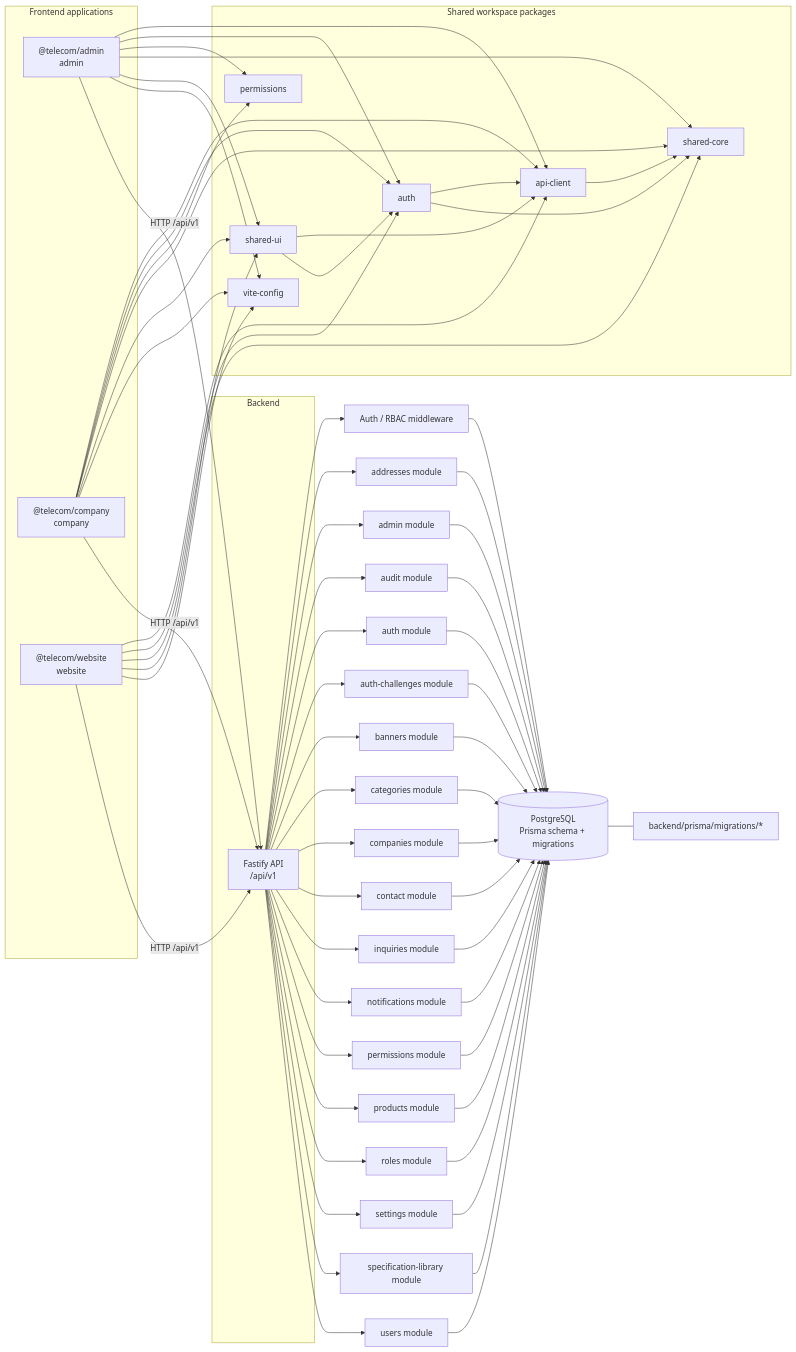
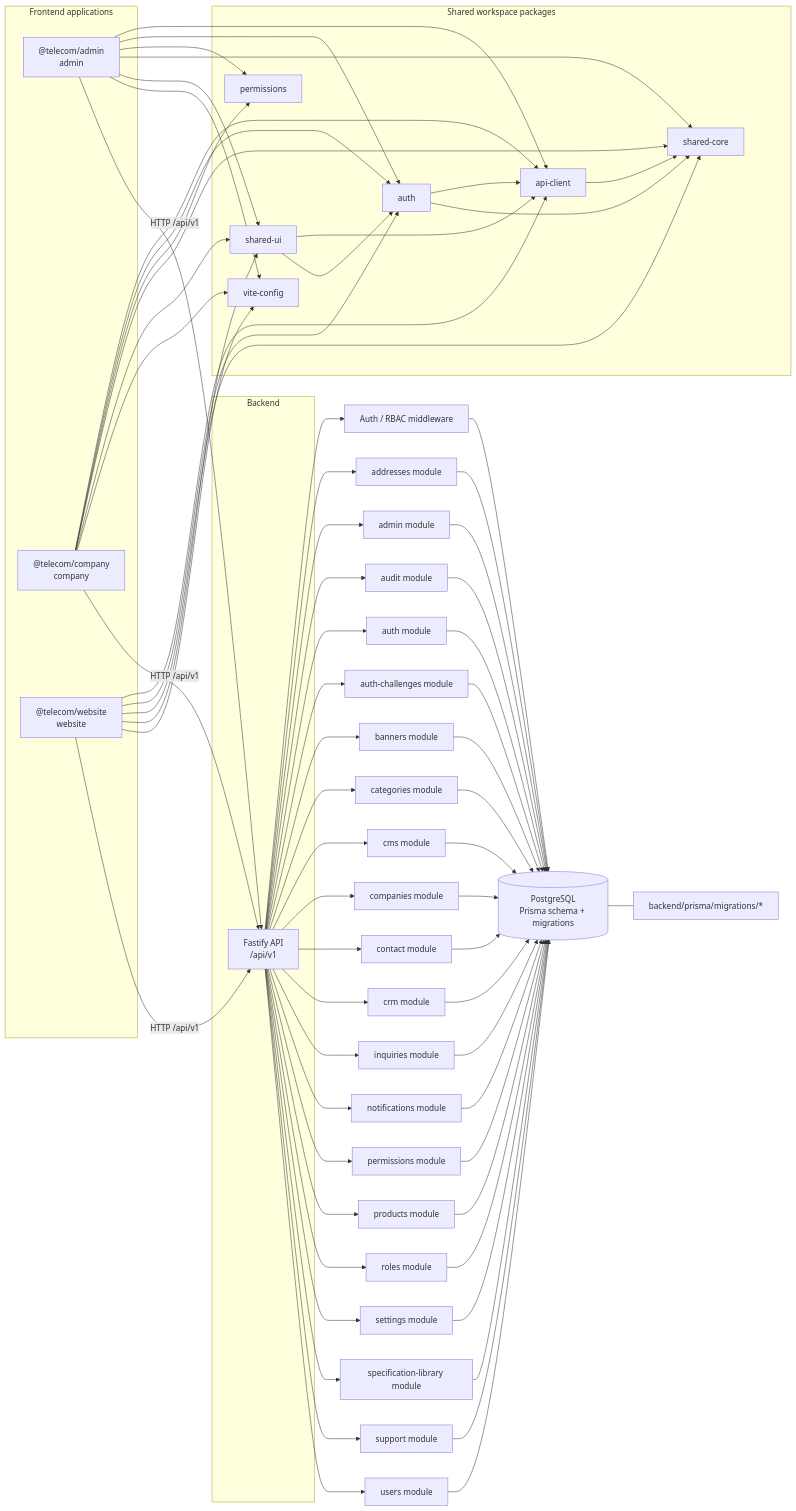
Before and after one commit to gameacc2025/martest: the diagram in docs/architecture/DEPENDENCY_GRAPH.generated.mmd, drawn with Mermaid.

Commit message:
chore(architecture): refresh generated backend module graph

```diff
--- a/docs/architecture/DEPENDENCY_GRAPH.generated.mmd
+++ b/docs/architecture/DEPENDENCY_GRAPH.generated.mmd
@@ -1,82 +1,88 @@
 %% GENERATED FILE. Do not edit by hand.
 %% Run: node scripts/generate-architecture-graph.mjs --write
 flowchart LR
   subgraph apps["Frontend applications"]
     admin["@telecom/admin<br/>admin"]
     company["@telecom/company<br/>company"]
     website["@telecom/website<br/>website"]
   end
   subgraph shared["Shared workspace packages"]
     api_client["api-client"]
     auth["auth"]
     permissions["permissions"]
     shared_core["shared-core"]
     shared_ui["shared-ui"]
     vite_config["vite-config"]
   end
   subgraph backend["Backend"]
     api["Fastify API<br/>/api/v1"]
   end
   db[("PostgreSQL<br/>Prisma schema + migrations")]
   admin --> api_client
   admin --> auth
   admin --> permissions
   admin --> shared_core
   admin --> shared_ui
   admin --> vite_config
   company --> api_client
   company --> auth
   company --> permissions
   company --> shared_core
   company --> shared_ui
   company --> vite_config
   website --> api_client
   website --> auth
   website --> shared_core
   website --> shared_ui
   website --> vite_config
   api_client --> shared_core
   auth --> api_client
   auth --> shared_core
   shared_ui --> api_client
   shared_ui --> auth
   admin -->|HTTP /api/v1| api
   company -->|HTTP /api/v1| api
   website -->|HTTP /api/v1| api
   api --> rbac["Auth / RBAC middleware"]
   api --> mod_addresses["addresses module"]
   api --> mod_admin["admin module"]
   api --> mod_audit["audit module"]
   api --> mod_auth["auth module"]
   api --> mod_auth_challenges["auth-challenges module"]
   api --> mod_banners["banners module"]
   api --> mod_categories["categories module"]
+  api --> mod_cms["cms module"]
   api --> mod_companies["companies module"]
   api --> mod_contact["contact module"]
+  api --> mod_crm["crm module"]
   api --> mod_inquiries["inquiries module"]
   api --> mod_notifications["notifications module"]
   api --> mod_permissions["permissions module"]
   api --> mod_products["products module"]
   api --> mod_roles["roles module"]
   api --> mod_settings["settings module"]
   api --> mod_specification_library["specification-library module"]
+  api --> mod_support["support module"]
   api --> mod_users["users module"]
   rbac --> db
   mod_addresses --> db
   mod_admin --> db
   mod_audit --> db
   mod_auth --> db
   mod_auth_challenges --> db
   mod_banners --> db
   mod_categories --> db
+  mod_cms --> db
   mod_companies --> db
   mod_contact --> db
+  mod_crm --> db
   mod_inquiries --> db
   mod_notifications --> db
   mod_permissions --> db
   mod_products --> db
   mod_roles --> db
   mod_settings --> db
   mod_specification_library --> db
+  mod_support --> db
   mod_users --> db
   db --- migrations["backend/prisma/migrations/*"]
```
